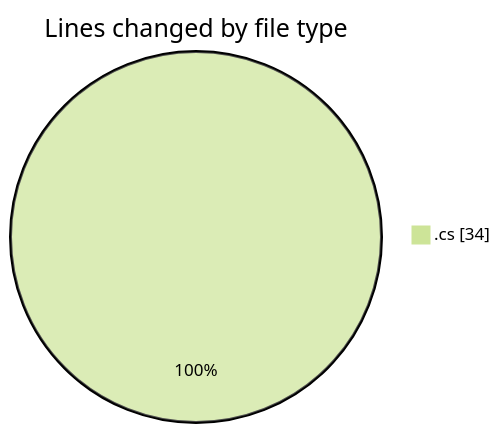
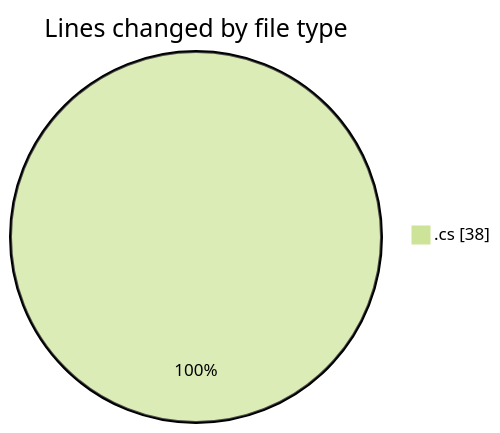
Before and after one commit to Unknowalive/code-tracking: the first of 2 diagrams in 2026-08-27/immersive_codes/README.md, drawn with Mermaid (forest theme). The commit also changed other lines of this file and 1 other file, not shown here.

````diff
--- a/2026-08-27/immersive_codes/README.md
+++ b/2026-08-27/immersive_codes/README.md
@@ -20,5 +20,5 @@
 ```mermaid
 pie showData
 title Lines changed by file type
-".cs" : 34
+".cs" : 38
 ```
````
